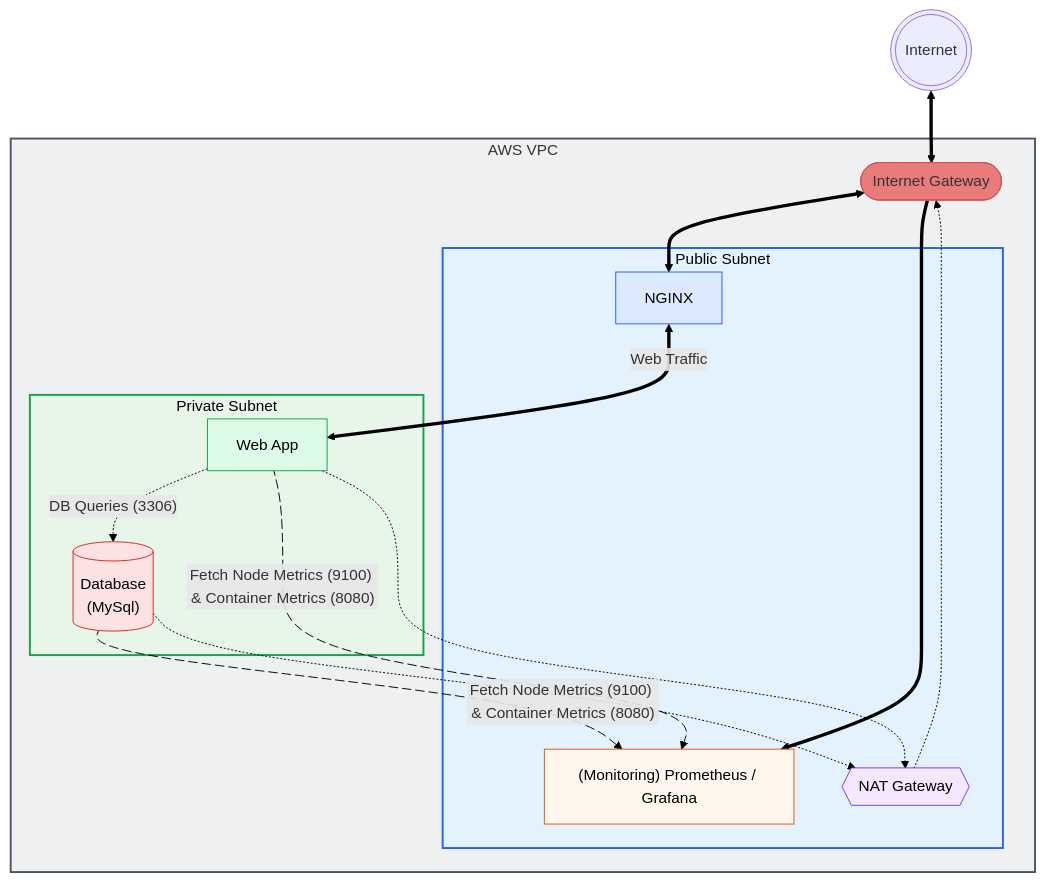
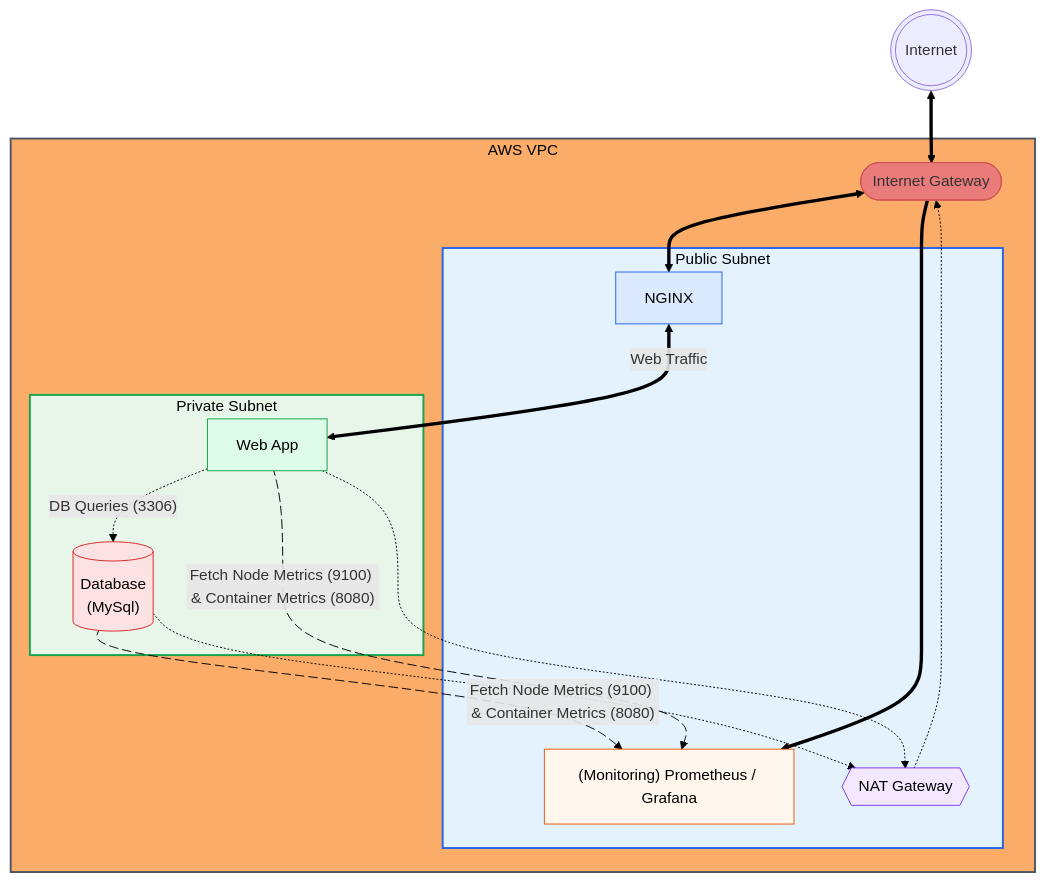
Before and after one commit to Jazzar101/learning-terraform-3087701: the diagram in README.md, drawn with Mermaid.

Commit message:
changed vpc colour

````diff
--- a/README.md
+++ b/README.md
@@ -6,56 +6,56 @@
 ```mermaid
 flowchart TB
     Internet(((Internet)))
     subgraph VPC[AWS VPC]
         IGW([Internet Gateway])
         subgraph PublicSubnet[Public Subnet]
             NAT{{NAT Gateway}}
             NGINX[NGINX]
             Monitoring["(Monitoring) Prometheus / Grafana"]
         end
 
         subgraph PrivateSubnet[Private Subnet]
             App[Web App]
             DB[("Database\n(MySql)")]
         end
     end
 
     Internet <==> IGW
     IGW <==> NGINX
     NGINX <==>|Web Traffic| App
     App -.->|"DB Queries (3306)"| DB
     IGW ==> Monitoring
 
     App metricsApp@-->|"Fetch Node Metrics (9100) & Container Metrics (8080)"| Monitoring
     DB metricsDB@-->|"Fetch Node Metrics (9100) & Container Metrics (8080)"| Monitoring
 
     App -.-> NAT
     DB -.-> NAT
     NAT -.-> IGW
     
     metricsApp@{ animation: slow }    
     metricsDB@{ animation: slow }
 
     %% Node-only styling (GitHub safe)
     classDef ingress fill:#dbeafe,stroke:#2563eb,color:#000000
     classDef monitoring fill:#fff7ed,stroke:#ea580c,color:#000000
     classDef nat fill:#f3e8ff,stroke:#7c3aed,color:#000000
     classDef app fill:#dcfce7,stroke:#16a34a,color:#000000
     classDef db fill:#fde2e4,stroke:#dc2626,color:#000000
     classDef igw fill:#EA7B7B,stroke:#D25353,color:#00000
     classDef PublicSubnet fill:#e3f2fd,stroke:#2563eb
-    classDef PrivateSubnet fill:#e8f5e9,stroke:#16a34a
+    classDef PrivateSubnet fill:#e8f5e9,stroke:#16a34a    
 
-    style VPC fill:#eef0f2,stroke:#4b5563,stroke-width:2px
+    style VPC fill:#FAAC68,stroke:#4b5563,stroke-width:2px,color:#000000
     style PublicSubnet fill:#e3f2fd,stroke:#2563eb,stroke-width:2px,color:#000000
     style PrivateSubnet fill:#e8f5e9,stroke:#16a34a,stroke-width:2px,color:#000000
 
     linkStyle default stroke:#000
 
     class NGINX ingress
     class Monitoring monitoring
     class NAT nat
     class App app
     class DB db
     class IGW igw
 ```
````
